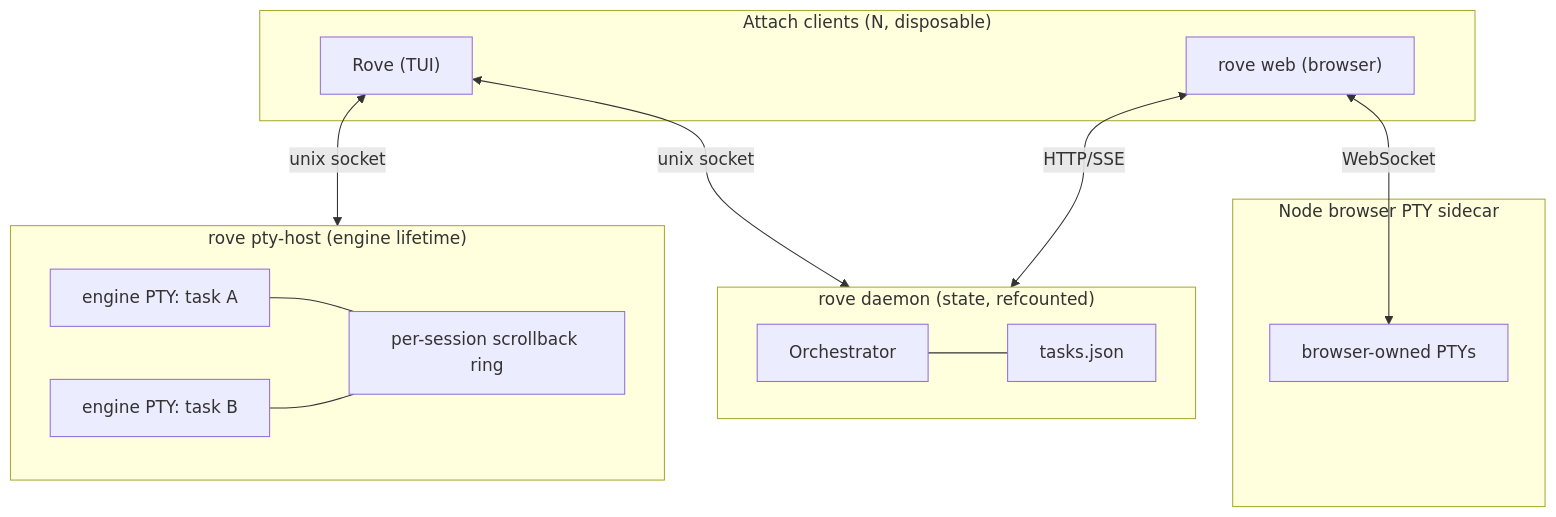
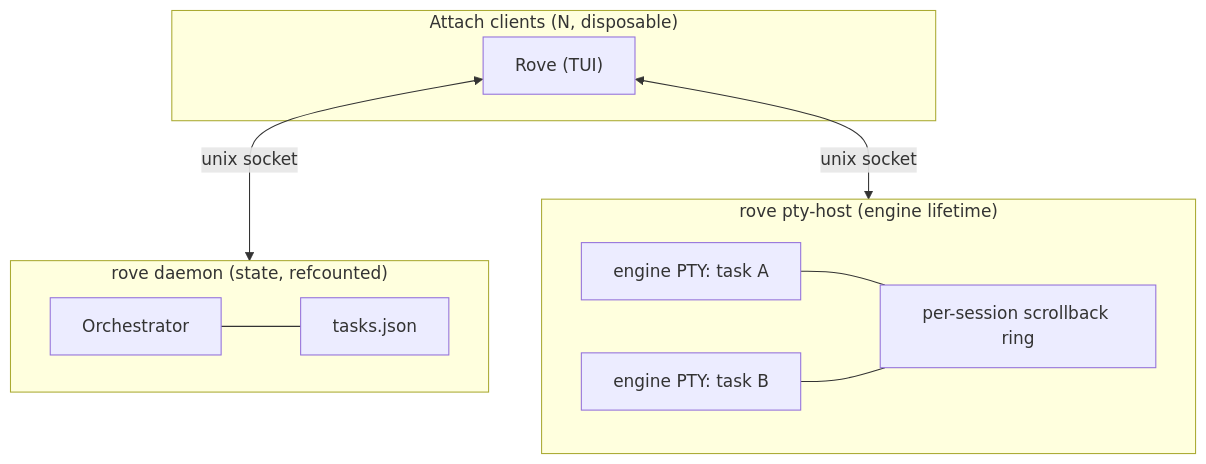
Before and after one commit to Sma1lboy/rove: the diagram in docs/SESSIONS.md, drawn with Mermaid. The commit also changed other lines of this file and 206 other files, not shown here.

````diff
--- a/docs/SESSIONS.md
+++ b/docs/SESSIONS.md
@@ -40,26 +39,20 @@
 ```mermaid
 flowchart TB
   subgraph clients["Attach clients (N, disposable)"]
     tui["Rove (TUI)"]
-    web["rove web (browser)"]
   end
   subgraph daemon["rove daemon (state, refcounted)"]
     orch[Orchestrator]
     idx["tasks.json"]
   end
   subgraph host["rove pty-host (engine lifetime)"]
     p1["engine PTY: task A"]
     p2["engine PTY: task B"]
     ring["per-session scrollback ring"]
   end
-  subgraph browserHost["Node browser PTY sidecar"]
-    bp["browser-owned PTYs"]
-  end
   tui <-->|unix socket| daemon
-  web <-->|HTTP/SSE| daemon
   tui <-->|unix socket| host
-  web <-->|WebSocket| bp
   orch --- idx
   p1 --- ring
   p2 --- ring
 ```
````
